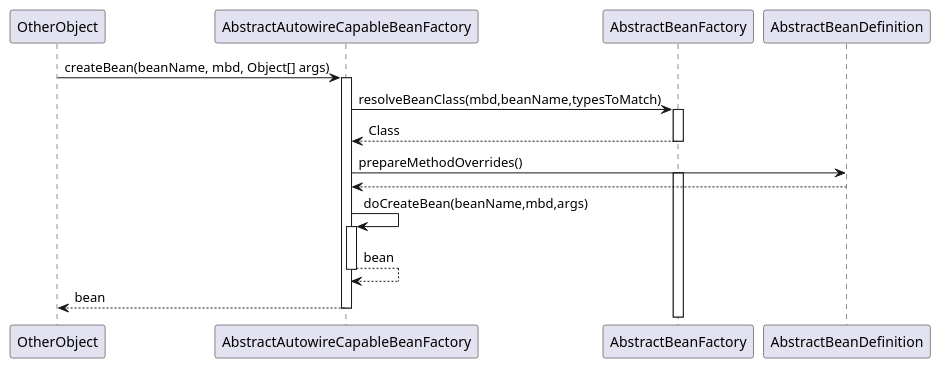
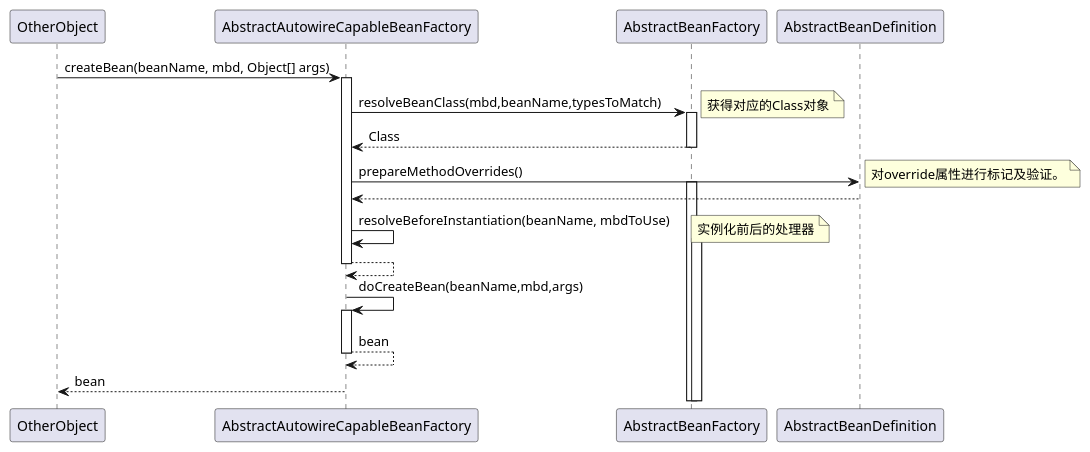
Before and after one commit to aFightz/spring-uml: the diagram in uml/createBean.puml, drawn with PlantUML.

```diff
--- a/uml/createBean.puml
+++ b/uml/createBean.puml
@@ -1,18 +1,25 @@
 @startuml
 OtherObject -> AbstractAutowireCapableBeanFactory:createBean(beanName, mbd, Object[] args)
 activate AbstractAutowireCapableBeanFactory
     AbstractAutowireCapableBeanFactory -> AbstractBeanFactory:resolveBeanClass(mbd,beanName,typesToMatch)
+    note right:获得对应的Class对象
     activate AbstractBeanFactory
     return Class
 '    deactivate   AbstractBeanFactory
 
 
     AbstractAutowireCapableBeanFactory -> AbstractBeanDefinition:prepareMethodOverrides()
+    note right:对override属性进行标记及验证。
+    activate AbstractBeanFactory
+    return
+
+    AbstractAutowireCapableBeanFactory -> AbstractAutowireCapableBeanFactory:resolveBeforeInstantiation(beanName, mbdToUse)
+    note right:实例化前后的处理器
     activate AbstractBeanFactory
     return
 
     AbstractAutowireCapableBeanFactory -> AbstractAutowireCapableBeanFactory:doCreateBean(beanName,mbd,args)
     activate AbstractAutowireCapableBeanFactory
     return bean
 return bean
 @enduml
```
